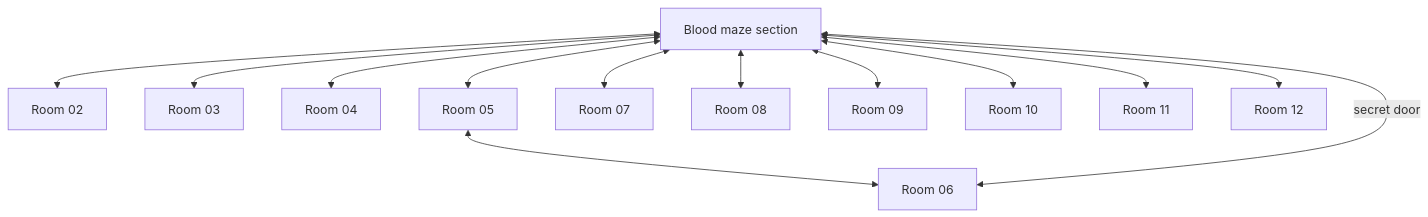
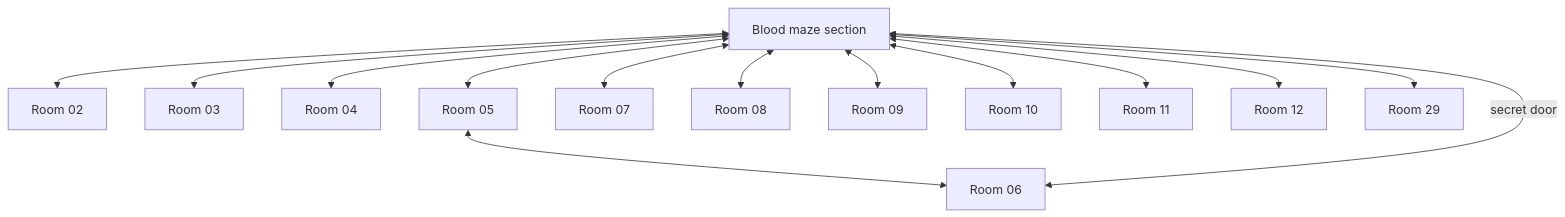
One commit to SlothBorg/Dungeon23 changed the third of 5 diagrams in Dungeon/Level_03/README.md. Above: the diagram before and after it, drawn with Mermaid. The commit also changed other lines of this file and 4 other files, not shown here.

````diff
--- a/Dungeon/Level_03/README.md
+++ b/Dungeon/Level_03/README.md
@@ -23,14 +25,15 @@
 ```mermaid
 flowchart TD
     Blood[Blood maze section] <-->C2[Room 02]
     Blood <--> C3[Room 03]
     Blood <--> C4[Room 04]
     Blood <--> C5[Room 05] <--> C6[Room 06] <-- secret door --> Blood
     Blood <--> C7[Room 07]
     Blood <--> C8[Room 08]
     Blood <--> C9[Room 09]
     Blood <--> C10[Room 10]
     Blood <--> C11[Room 11]
     Blood <--> C12[Room 12]
+    Blood <--> C29[Room 29]
 
 ```
````
